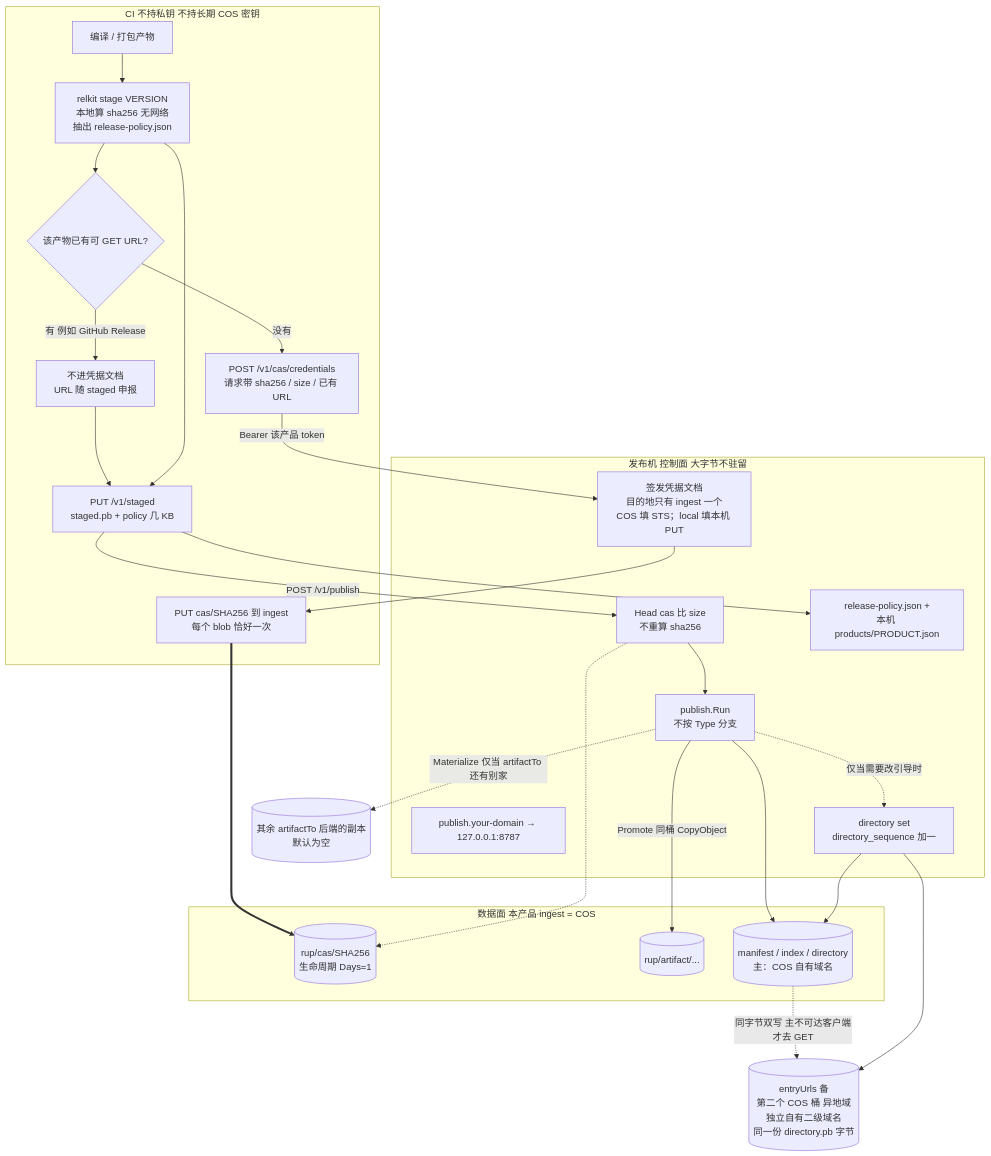
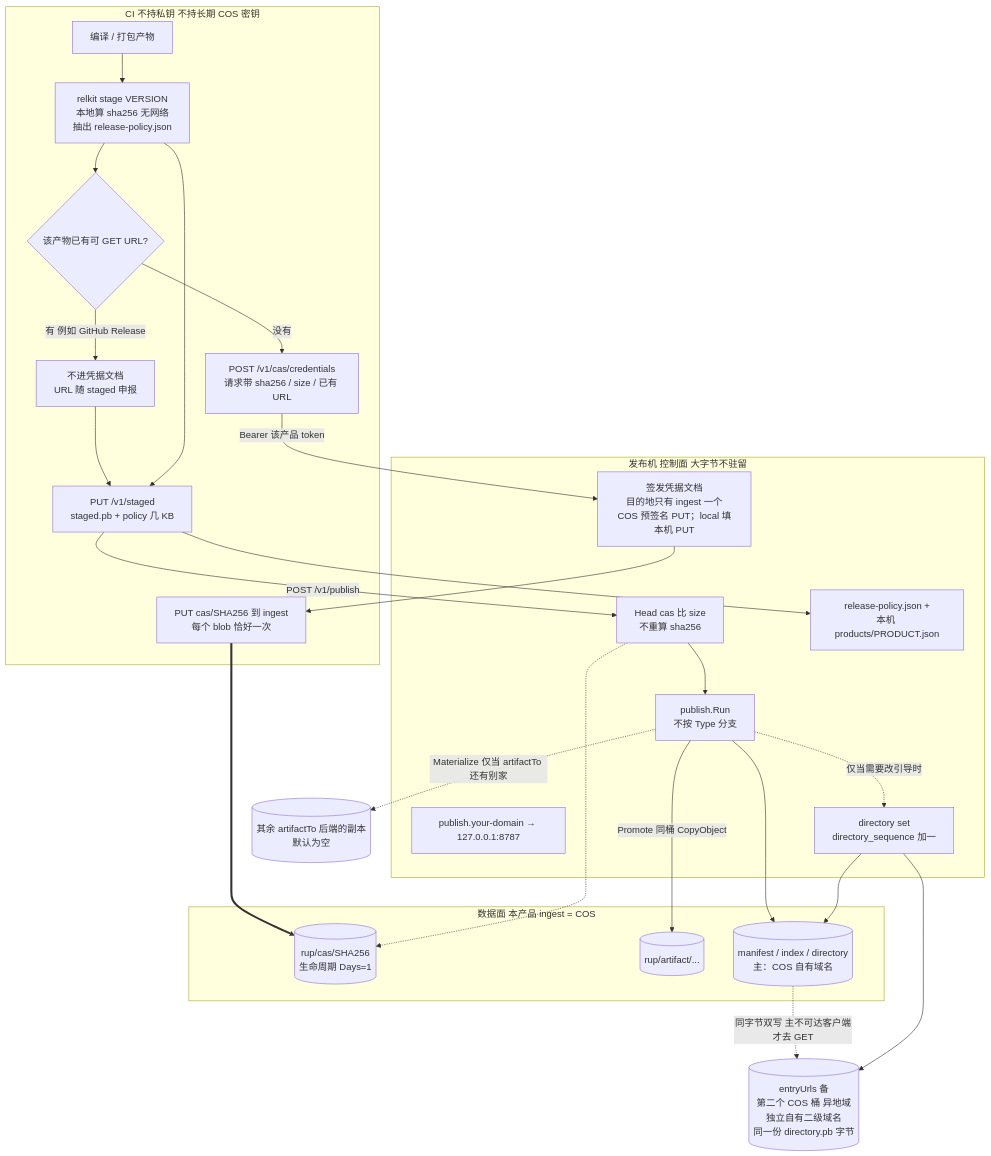
The first of 2 diagrams in docs/design/update-ingress-cos.md (shichao402/relkit), drawn with Mermaid before and after one commit. The commit also changed other lines of this file and 4 other files, not shown here.

````diff
--- a/docs/design/update-ingress-cos.md
+++ b/docs/design/update-ingress-cos.md
@@ -82,49 +82,49 @@
 ```mermaid
 flowchart TB
   subgraph ciSide [CI 不持私钥 不持长期 COS 密钥]
     build["编译 / 打包产物"]
     stageStep["relkit stage VERSION<br/>本地算 sha256 无网络<br/>抽出 release-policy.json"]
     hasUrl{"该产物已有可 GET URL?"}
     declare["不进凭据文档<br/>URL 随 staged 申报"]
     askTok["POST /v1/cas/credentials<br/>请求带 sha256 / size / 已有 URL"]
     putCas["PUT cas/SHA256 到 ingest<br/>每个 blob 恰好一次"]
     putMeta["PUT /v1/staged<br/>staged.pb + policy 几 KB"]
   end
 
   subgraph agentSide [发布机 控制面 大字节不驻留]
     ingress["publish.your-domain → 127.0.0.1:8787"]
-    tokSvc["签发凭据文档<br/>目的地只有 ingest 一个<br/>COS 填 STS；local 填本机 PUT"]
+    tokSvc["签发凭据文档<br/>目的地只有 ingest 一个<br/>COS 预签名 PUT；local 填本机 PUT"]
     headCas["Head cas 比 size<br/>不重算 sha256"]
     mergeStep["release-policy.json +<br/>本机 products/PRODUCT.json"]
     publishStep["publish.Run<br/>不按 Type 分支"]
     directoryStep["directory set<br/>directory_sequence 加一"]
   end
 
   subgraph dataPlane [数据面 本产品 ingest = COS]
     casObj[("rup/cas/SHA256<br/>生命周期 Days=1")]
     artObj[("rup/artifact/...")]
     docs[("manifest / index / directory<br/>主：COS 自有域名")]
   end
 
   artOther[("其余 artifactTo 后端的副本<br/>默认为空")]
   mirrorDir[("entryUrls 备<br/>第二个 COS 桶 异地域<br/>独立自有二级域名<br/>同一份 directory.pb 字节")]
 
   build --> stageStep --> hasUrl
   hasUrl -->|"没有"| askTok
   hasUrl -->|"有 例如 GitHub Release"| declare
   askTok -->|"Bearer 该产品 token"| tokSvc
   tokSvc --> putCas
   putCas ==> casObj
   declare --> putMeta
   stageStep --> putMeta --> mergeStep
   putMeta -->|"POST /v1/publish"| headCas
   headCas -.-> casObj
   headCas --> publishStep
   publishStep -->|"Promote 同桶 CopyObject"| artObj
   publishStep -.->|"Materialize 仅当 artifactTo 还有别家"| artOther
   publishStep --> docs
   publishStep -.->|"仅当需要改引导时"| directoryStep
   directoryStep --> docs
   docs -.->|"同字节双写 主不可达客户端才去 GET"| mirrorDir
   directoryStep --> mirrorDir
 ```
````
